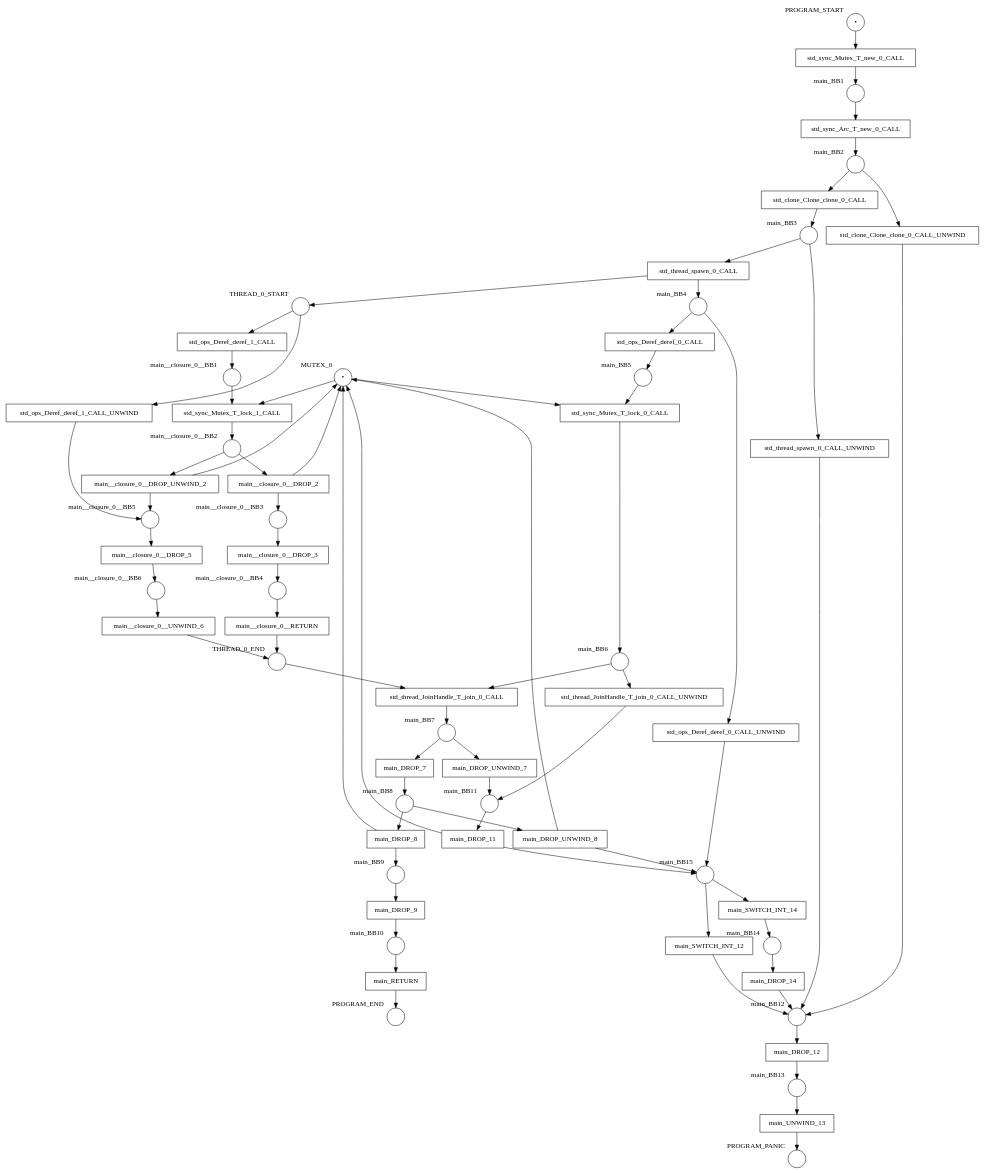
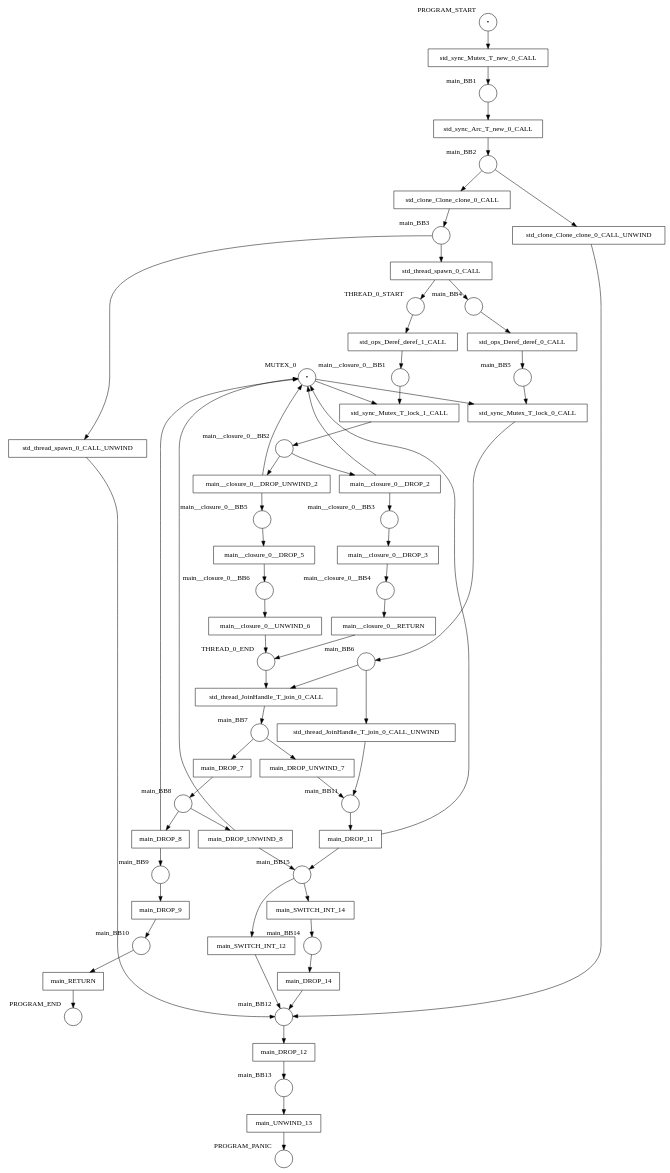
The diagram in examples/results/mutex/two_threads_sharing_mutex/net.dot (hlisdero/cargo-check-deadlock), drawn with Graphviz before and after one commit. The commit also changed 22 other files, not shown here.

```diff
--- a/examples/results/mutex/two_threads_sharing_mutex/net.dot
+++ b/examples/results/mutex/two_threads_sharing_mutex/net.dot
@@ -1,134 +1,128 @@
 digraph petrinet {
     MUTEX_0 [shape="circle" xlabel="MUTEX_0" label="•"];
     PROGRAM_END [shape="circle" xlabel="PROGRAM_END" label=""];
     PROGRAM_PANIC [shape="circle" xlabel="PROGRAM_PANIC" label=""];
     PROGRAM_START [shape="circle" xlabel="PROGRAM_START" label="•"];
     THREAD_0_END [shape="circle" xlabel="THREAD_0_END" label=""];
     THREAD_0_START [shape="circle" xlabel="THREAD_0_START" label=""];
     main_BB1 [shape="circle" xlabel="main_BB1" label=""];
     main_BB10 [shape="circle" xlabel="main_BB10" label=""];
     main_BB11 [shape="circle" xlabel="main_BB11" label=""];
     main_BB12 [shape="circle" xlabel="main_BB12" label=""];
     main_BB13 [shape="circle" xlabel="main_BB13" label=""];
     main_BB14 [shape="circle" xlabel="main_BB14" label=""];
     main_BB15 [shape="circle" xlabel="main_BB15" label=""];
     main_BB2 [shape="circle" xlabel="main_BB2" label=""];
     main_BB3 [shape="circle" xlabel="main_BB3" label=""];
     main_BB4 [shape="circle" xlabel="main_BB4" label=""];
     main_BB5 [shape="circle" xlabel="main_BB5" label=""];
     main_BB6 [shape="circle" xlabel="main_BB6" label=""];
     main_BB7 [shape="circle" xlabel="main_BB7" label=""];
     main_BB8 [shape="circle" xlabel="main_BB8" label=""];
     main_BB9 [shape="circle" xlabel="main_BB9" label=""];
     main__closure_0__BB1 [shape="circle" xlabel="main__closure_0__BB1" label=""];
     main__closure_0__BB2 [shape="circle" xlabel="main__closure_0__BB2" label=""];
     main__closure_0__BB3 [shape="circle" xlabel="main__closure_0__BB3" label=""];
     main__closure_0__BB4 [shape="circle" xlabel="main__closure_0__BB4" label=""];
     main__closure_0__BB5 [shape="circle" xlabel="main__closure_0__BB5" label=""];
     main__closure_0__BB6 [shape="circle" xlabel="main__closure_0__BB6" label=""];
     main_DROP_11 [shape="box" xlabel="" label="main_DROP_11"];
     main_DROP_12 [shape="box" xlabel="" label="main_DROP_12"];
     main_DROP_14 [shape="box" xlabel="" label="main_DROP_14"];
     main_DROP_7 [shape="box" xlabel="" label="main_DROP_7"];
     main_DROP_8 [shape="box" xlabel="" label="main_DROP_8"];
     main_DROP_9 [shape="box" xlabel="" label="main_DROP_9"];
     main_DROP_UNWIND_7 [shape="box" xlabel="" label="main_DROP_UNWIND_7"];
     main_DROP_UNWIND_8 [shape="box" xlabel="" label="main_DROP_UNWIND_8"];
     main_RETURN [shape="box" xlabel="" label="main_RETURN"];
     main_SWITCH_INT_12 [shape="box" xlabel="" label="main_SWITCH_INT_12"];
     main_SWITCH_INT_14 [shape="box" xlabel="" label="main_SWITCH_INT_14"];
     main_UNWIND_13 [shape="box" xlabel="" label="main_UNWIND_13"];
     main__closure_0__DROP_2 [shape="box" xlabel="" label="main__closure_0__DROP_2"];
     main__closure_0__DROP_3 [shape="box" xlabel="" label="main__closure_0__DROP_3"];
     main__closure_0__DROP_5 [shape="box" xlabel="" label="main__closure_0__DROP_5"];
     main__closure_0__DROP_UNWIND_2 [shape="box" xlabel="" label="main__closure_0__DROP_UNWIND_2"];
     main__closure_0__RETURN [shape="box" xlabel="" label="main__closure_0__RETURN"];
     main__closure_0__UNWIND_6 [shape="box" xlabel="" label="main__closure_0__UNWIND_6"];
     std_clone_Clone_clone_0_CALL [shape="box" xlabel="" label="std_clone_Clone_clone_0_CALL"];
     std_clone_Clone_clone_0_CALL_UNWIND [shape="box" xlabel="" label="std_clone_Clone_clone_0_CALL_UNWIND"];
     std_ops_Deref_deref_0_CALL [shape="box" xlabel="" label="std_ops_Deref_deref_0_CALL"];
-    std_ops_Deref_deref_0_CALL_UNWIND [shape="box" xlabel="" label="std_ops_Deref_deref_0_CALL_UNWIND"];
     std_ops_Deref_deref_1_CALL [shape="box" xlabel="" label="std_ops_Deref_deref_1_CALL"];
-    std_ops_Deref_deref_1_CALL_UNWIND [shape="box" xlabel="" label="std_ops_Deref_deref_1_CALL_UNWIND"];
     std_sync_Arc_T_new_0_CALL [shape="box" xlabel="" label="std_sync_Arc_T_new_0_CALL"];
     std_sync_Mutex_T_lock_0_CALL [shape="box" xlabel="" label="std_sync_Mutex_T_lock_0_CALL"];
     std_sync_Mutex_T_lock_1_CALL [shape="box" xlabel="" label="std_sync_Mutex_T_lock_1_CALL"];
     std_sync_Mutex_T_new_0_CALL [shape="box" xlabel="" label="std_sync_Mutex_T_new_0_CALL"];
     std_thread_JoinHandle_T_join_0_CALL [shape="box" xlabel="" label="std_thread_JoinHandle_T_join_0_CALL"];
     std_thread_JoinHandle_T_join_0_CALL_UNWIND [shape="box" xlabel="" label="std_thread_JoinHandle_T_join_0_CALL_UNWIND"];
     std_thread_spawn_0_CALL [shape="box" xlabel="" label="std_thread_spawn_0_CALL"];
     std_thread_spawn_0_CALL_UNWIND [shape="box" xlabel="" label="std_thread_spawn_0_CALL_UNWIND"];
     MUTEX_0 -> std_sync_Mutex_T_lock_0_CALL;
     MUTEX_0 -> std_sync_Mutex_T_lock_1_CALL;
     PROGRAM_START -> std_sync_Mutex_T_new_0_CALL;
     THREAD_0_END -> std_thread_JoinHandle_T_join_0_CALL;
     THREAD_0_START -> std_ops_Deref_deref_1_CALL;
-    THREAD_0_START -> std_ops_Deref_deref_1_CALL_UNWIND;
     main_BB1 -> std_sync_Arc_T_new_0_CALL;
     main_BB10 -> main_RETURN;
     main_BB11 -> main_DROP_11;
     main_BB12 -> main_DROP_12;
     main_BB13 -> main_UNWIND_13;
     main_BB14 -> main_DROP_14;
     main_BB15 -> main_SWITCH_INT_12;
     main_BB15 -> main_SWITCH_INT_14;
     main_BB2 -> std_clone_Clone_clone_0_CALL;
     main_BB2 -> std_clone_Clone_clone_0_CALL_UNWIND;
     main_BB3 -> std_thread_spawn_0_CALL;
     main_BB3 -> std_thread_spawn_0_CALL_UNWIND;
     main_BB4 -> std_ops_Deref_deref_0_CALL;
-    main_BB4 -> std_ops_Deref_deref_0_CALL_UNWIND;
     main_BB5 -> std_sync_Mutex_T_lock_0_CALL;
     main_BB6 -> std_thread_JoinHandle_T_join_0_CALL;
     main_BB6 -> std_thread_JoinHandle_T_join_0_CALL_UNWIND;
     main_BB7 -> main_DROP_7;
     main_BB7 -> main_DROP_UNWIND_7;
     main_BB8 -> main_DROP_8;
     main_BB8 -> main_DROP_UNWIND_8;
     main_BB9 -> main_DROP_9;
     main__closure_0__BB1 -> std_sync_Mutex_T_lock_1_CALL;
     main__closure_0__BB2 -> main__closure_0__DROP_2;
     main__closure_0__BB2 -> main__closure_0__DROP_UNWIND_2;
     main__closure_0__BB3 -> main__closure_0__DROP_3;
     main__closure_0__BB4 -> main__closure_0__RETURN;
     main__closure_0__BB5 -> main__closure_0__DROP_5;
     main__closure_0__BB6 -> main__closure_0__UNWIND_6;
     main_DROP_11 -> MUTEX_0;
     main_DROP_11 -> main_BB15;
     main_DROP_12 -> main_BB13;
     main_DROP_14 -> main_BB12;
     main_DROP_7 -> main_BB8;
     main_DROP_8 -> MUTEX_0;
     main_DROP_8 -> main_BB9;
     main_DROP_9 -> main_BB10;
     main_DROP_UNWIND_7 -> main_BB11;
     main_DROP_UNWIND_8 -> MUTEX_0;
     main_DROP_UNWIND_8 -> main_BB15;
     main_RETURN -> PROGRAM_END;
     main_SWITCH_INT_12 -> main_BB12;
     main_SWITCH_INT_14 -> main_BB14;
     main_UNWIND_13 -> PROGRAM_PANIC;
     main__closure_0__DROP_2 -> MUTEX_0;
     main__closure_0__DROP_2 -> main__closure_0__BB3;
     main__closure_0__DROP_3 -> main__closure_0__BB4;
     main__closure_0__DROP_5 -> main__closure_0__BB6;
     main__closure_0__DROP_UNWIND_2 -> MUTEX_0;
     main__closure_0__DROP_UNWIND_2 -> main__closure_0__BB5;
     main__closure_0__RETURN -> THREAD_0_END;
     main__closure_0__UNWIND_6 -> THREAD_0_END;
     std_clone_Clone_clone_0_CALL -> main_BB3;
     std_clone_Clone_clone_0_CALL_UNWIND -> main_BB12;
     std_ops_Deref_deref_0_CALL -> main_BB5;
-    std_ops_Deref_deref_0_CALL_UNWIND -> main_BB15;
     std_ops_Deref_deref_1_CALL -> main__closure_0__BB1;
-    std_ops_Deref_deref_1_CALL_UNWIND -> main__closure_0__BB5;
     std_sync_Arc_T_new_0_CALL -> main_BB2;
     std_sync_Mutex_T_lock_0_CALL -> main_BB6;
     std_sync_Mutex_T_lock_1_CALL -> main__closure_0__BB2;
     std_sync_Mutex_T_new_0_CALL -> main_BB1;
     std_thread_JoinHandle_T_join_0_CALL -> main_BB7;
     std_thread_JoinHandle_T_join_0_CALL_UNWIND -> main_BB11;
     std_thread_spawn_0_CALL -> THREAD_0_START;
     std_thread_spawn_0_CALL -> main_BB4;
     std_thread_spawn_0_CALL_UNWIND -> main_BB12;
 }
```
